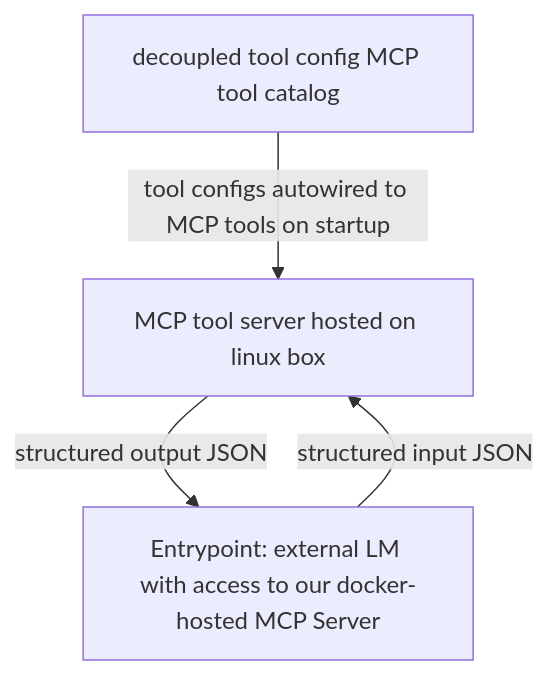
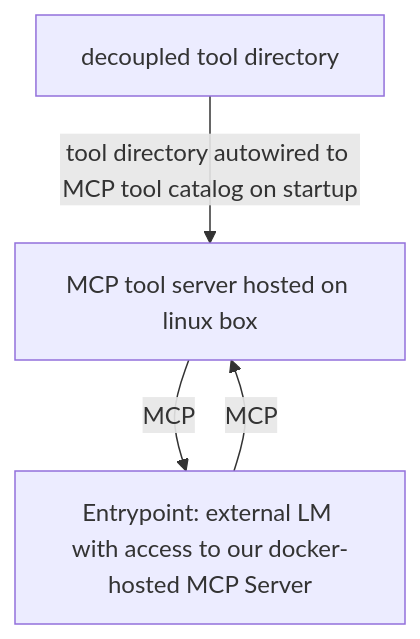
One commit to Mmeadows3/clai changed the diagram in AGENTS.md. Above: the diagram before and after it, drawn with Mermaid. The commit also changed other lines of this file, not shown here.

````diff
--- a/AGENTS.md
+++ b/AGENTS.md
@@ -7,10 +7,10 @@
 ```mermaid
 flowchart TB
-  TOOLS["decoupled tool config MCP tool catalog"]
+  TOOLS["decoupled tool directory"]
   NIXCLI["MCP tool server hosted on linux box"]
   AGENT["Entrypoint: external LM with access to our docker-hosted MCP Server"]
 
-  AGENT -->|structured input JSON| NIXCLI
-  NIXCLI -->|structured output JSON| AGENT
-  TOOLS -->|tool configs autowired to MCP tools on startup| NIXCLI
+  AGENT -->|MCP| NIXCLI
+  NIXCLI -->|MCP| AGENT
+  TOOLS -->|tool directory autowired to MCP tool catalog on startup| NIXCLI
 ```
````
